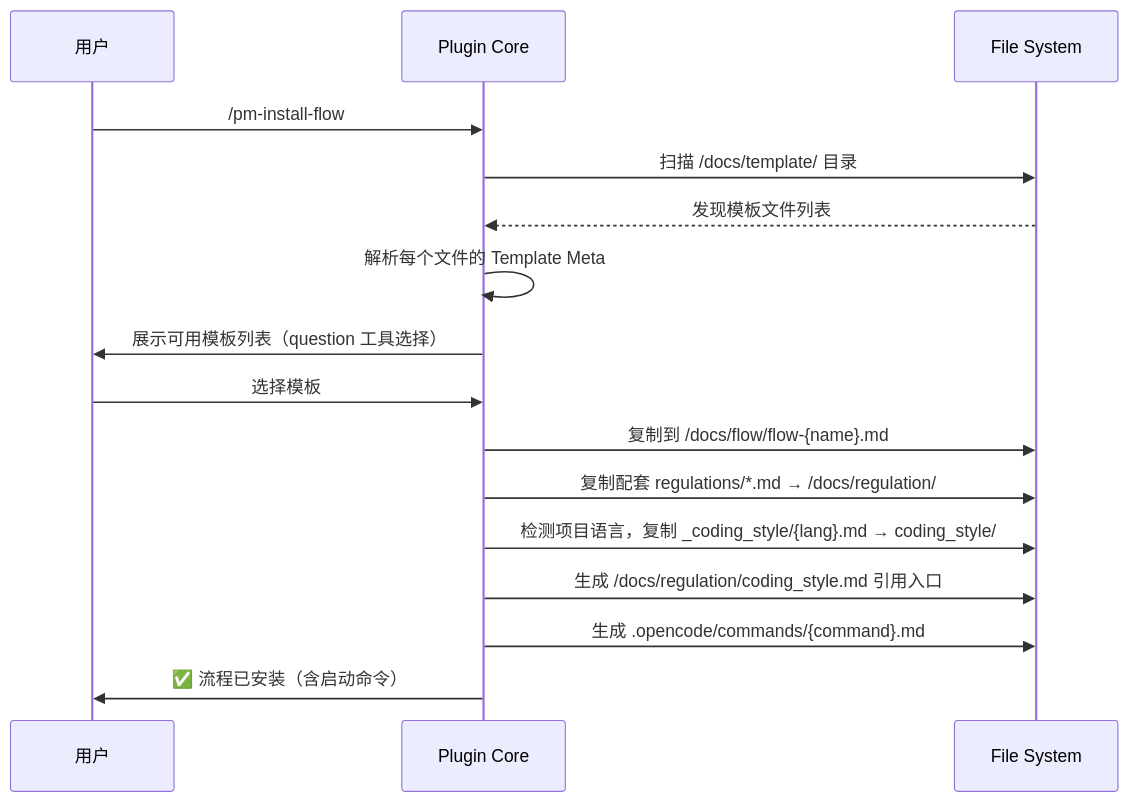
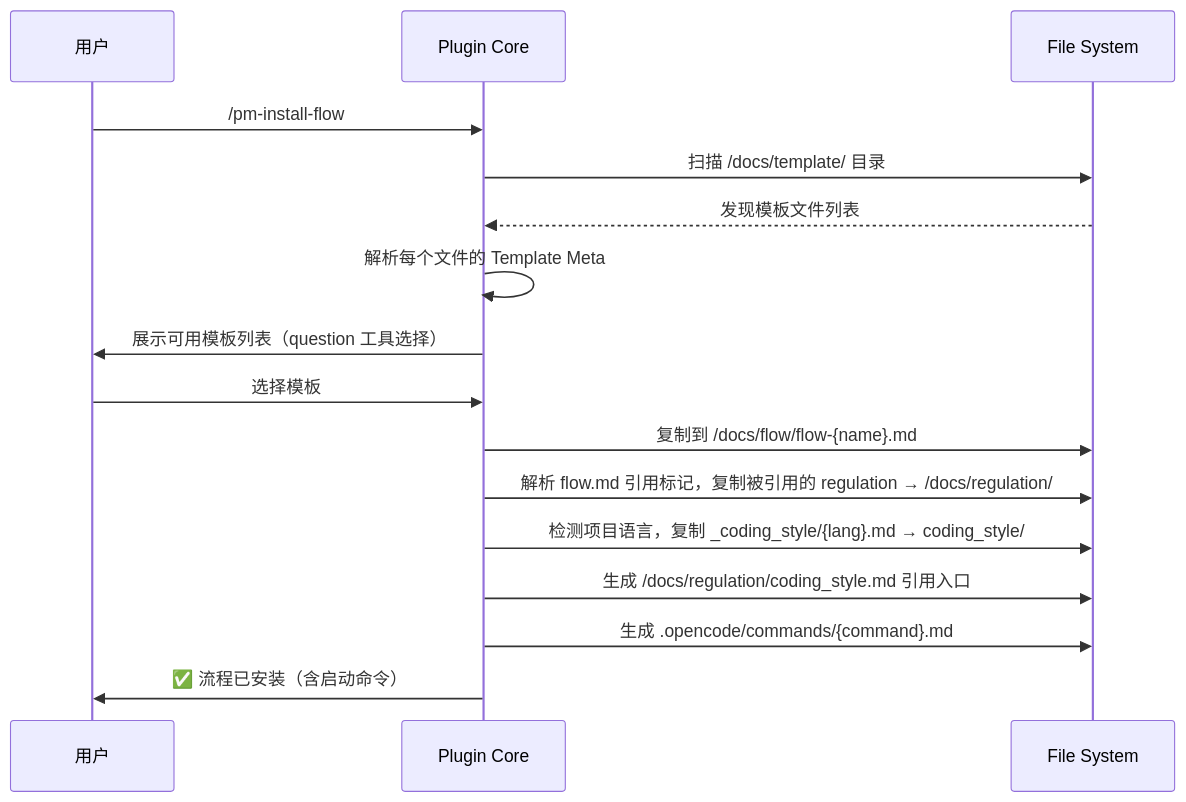
The first of 2 diagrams in docs/spec/vibe-pm-template-manager.md (hank-cp/opencode-vibe-pm), drawn with Mermaid before and after one commit. The commit also changed other lines of this file and 8 other files, not shown here.

First line of the commit message:
refactor(template):移除 dictionary 复制，regulation 安装改为 flow 引用解析

````diff
--- a/docs/spec/vibe-pm-template-manager.md
+++ b/docs/spec/vibe-pm-template-manager.md
@@ -52,19 +52,19 @@
 ```mermaid
 sequenceDiagram
     participant User as 用户
     participant Core as Plugin Core
     participant FS as File System
 
     User->>Core: /pm-install-flow
     Core->>FS: 扫描 /docs/template/ 目录
     FS-->>Core: 发现模板文件列表
     Core->>Core: 解析每个文件的 Template Meta
     Core->>User: 展示可用模板列表（question 工具选择）
     User->>Core: 选择模板
     Core->>FS: 复制到 /docs/flow/flow-{name}.md
-    Core->>FS: 复制配套 regulations/*.md → /docs/regulation/
+    Core->>FS: 解析 flow.md 引用标记，复制被引用的 regulation → /docs/regulation/
     Core->>FS: 检测项目语言，复制 _coding_style/{lang}.md → coding_style/
     Core->>FS: 生成 /docs/regulation/coding_style.md 引用入口
     Core->>FS: 生成 .opencode/commands/{command}.md
     Core->>User: ✅ 流程已安装（含启动命令）
 ```
````
